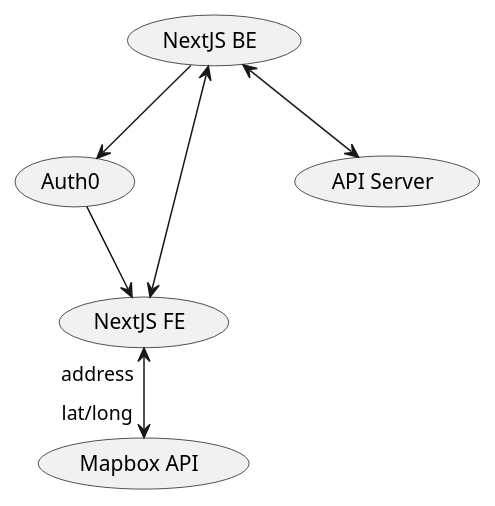
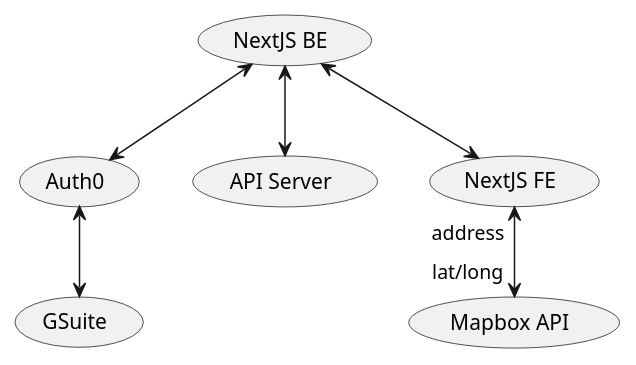
Before and after one commit to cf-awsom-scheduler/front-end: the diagram in uml.plantuml, drawn with PlantUML.

```diff
--- a/uml.plantuml
+++ b/uml.plantuml
@@ -1,10 +1,10 @@
 @startuml
 
-(NextJS BE) --> (Auth0)
-(Auth0) --> (NextJS FE)
+(NextJS BE) <--> (Auth0)
+(Auth0) <--> (GSuite)
 (NextJS BE) <--> (API Server)
 (NextJS BE) <--> (NextJS FE)
 
 (NextJS FE) "address" <--> "lat/long" (Mapbox API)
 
 @enduml
```
